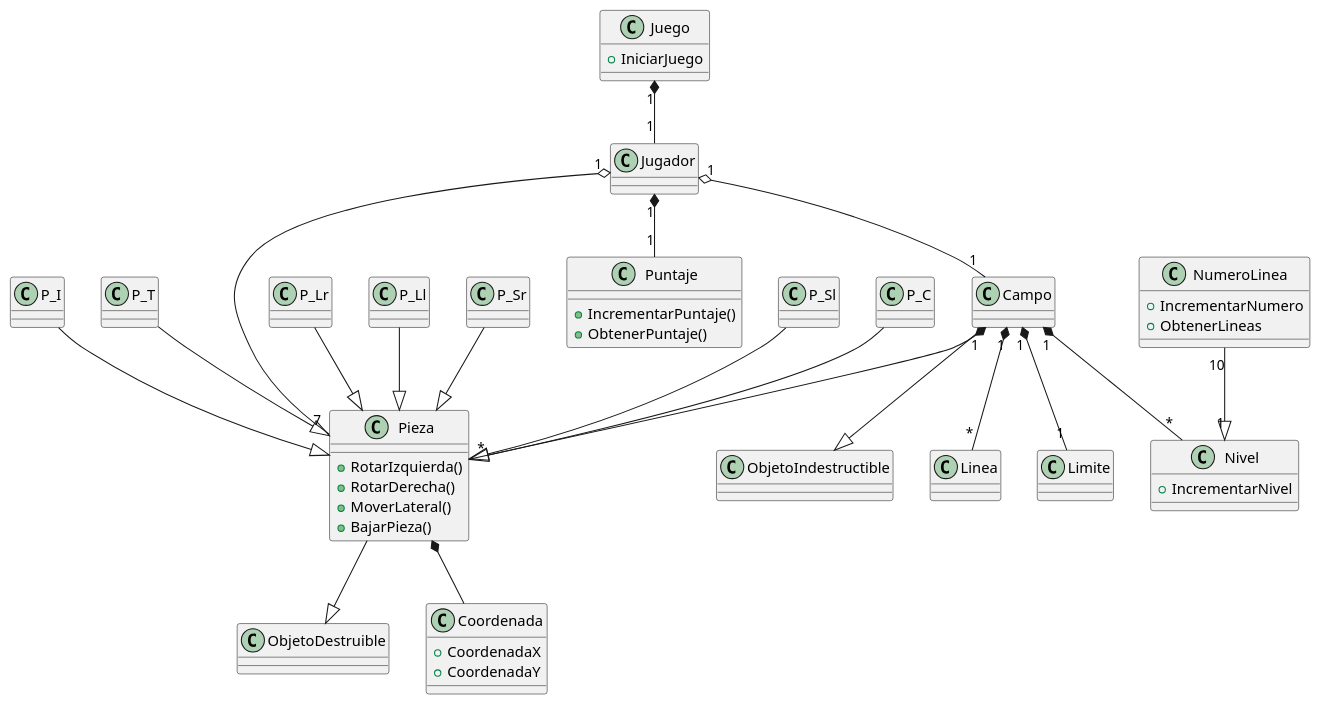
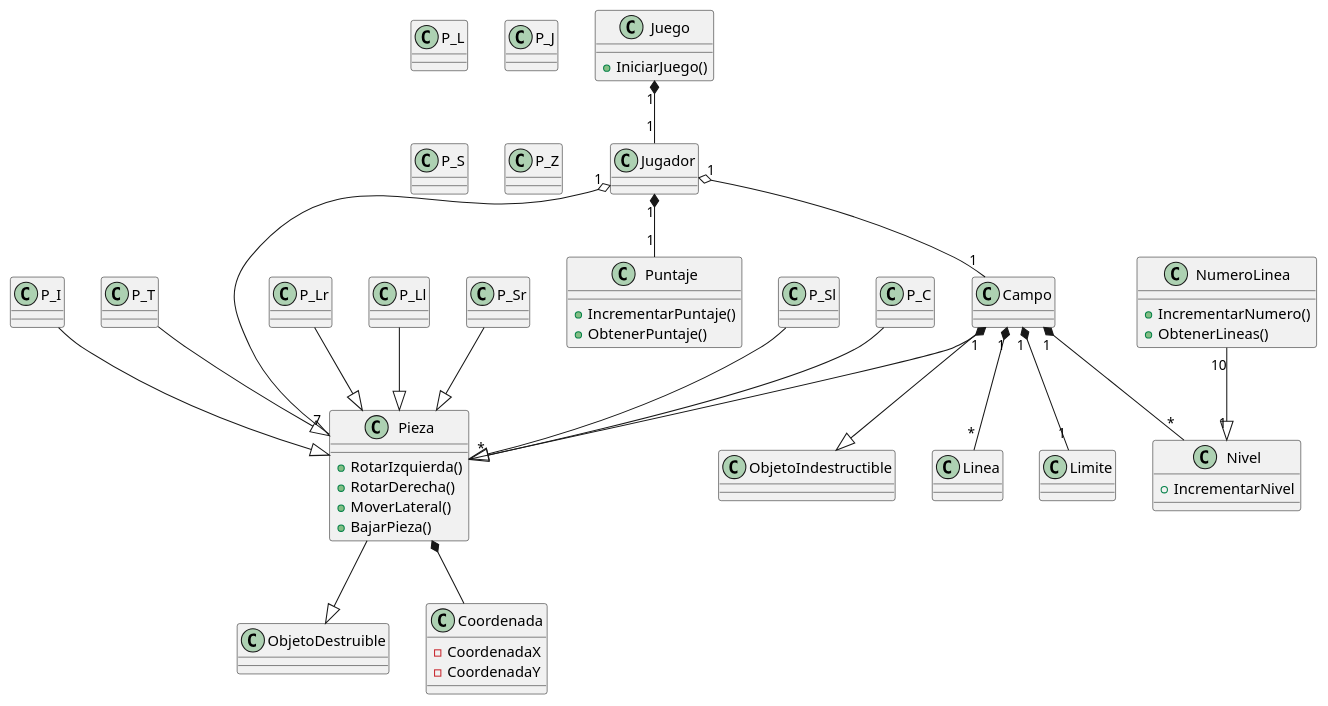
One commit to SpyBubbles/Tetris changed the diagram in docs/tetris.puml. Above: the diagram before and after it, drawn with PlantUML. The commit also changed 42 other files, not shown here.

```diff
--- a/docs/tetris.puml
+++ b/docs/tetris.puml
@@ -1,62 +1,62 @@
 @startuml Tetris
 
 class Juego{
-    + IniciarJuego
+    + IniciarJuego()
 }
 class Jugador
 
 class Campo
 class Pieza{
     + RotarIzquierda()
     + RotarDerecha()
     + MoverLateral()
     + BajarPieza()
 }
 class P_C
 class P_I
 class P_T
-class P_Lr
-class P_Ll
-class P_Sr
-class P_Sl
+class P_L
+class P_J
+class P_S
+class P_Z
 class Puntaje{
     + IncrementarPuntaje()
     + ObtenerPuntaje()
 }
 class Nivel{
     + IncrementarNivel
 }
 class NumeroLinea{
-    + IncrementarNumero
-    + ObtenerLineas
+    + IncrementarNumero()
+    + ObtenerLineas()
 }
 class Limite
 class ObjetoDestruible
 class ObjetoIndestructible
 class Coordenada{
-    + CoordenadaX
-    + CoordenadaY
+    - CoordenadaX
+    - CoordenadaY
 }
 
 Juego "1" *-- "1" Jugador
 Jugador "1" o-- "1" Campo
 Jugador "1" *-- "1" Puntaje
 Jugador "1" o-- "7" Pieza
 Campo "1" *-- "*" Nivel
 Campo "1" *-- "*" Pieza
 Campo "1" *-- "*" Linea
 Campo "1" *-- "1" Limite
 NumeroLinea "10" --|> "1" Nivel 
 
 Campo --|> ObjetoIndestructible
 Pieza --|> ObjetoDestruible
 P_C --|> Pieza
 P_I --|> Pieza
 P_T --|> Pieza
 P_Lr --|> Pieza
 P_Ll --|> Pieza
 P_Sr --|> Pieza
 P_Sl --|> Pieza
 Pieza *-- Coordenada
 
 @enduml
```
